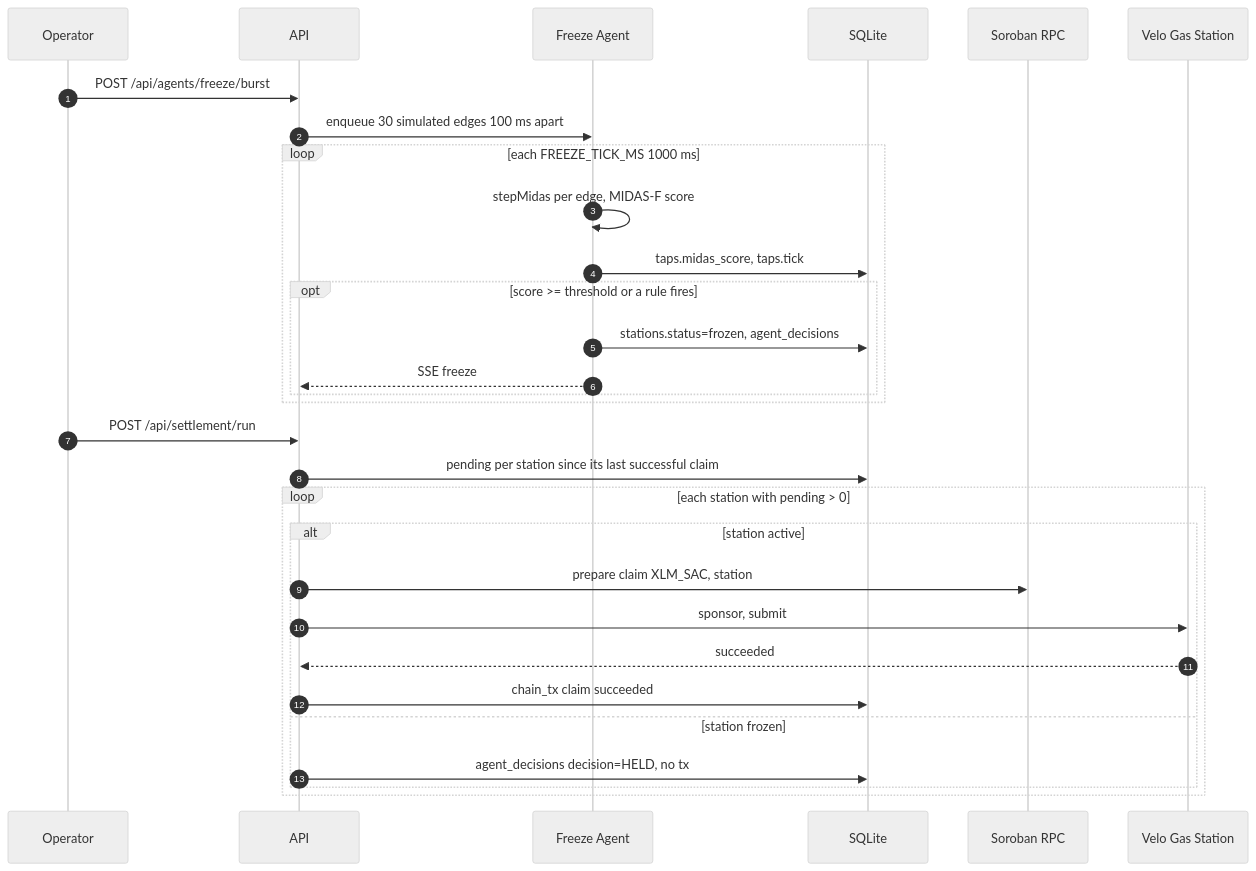
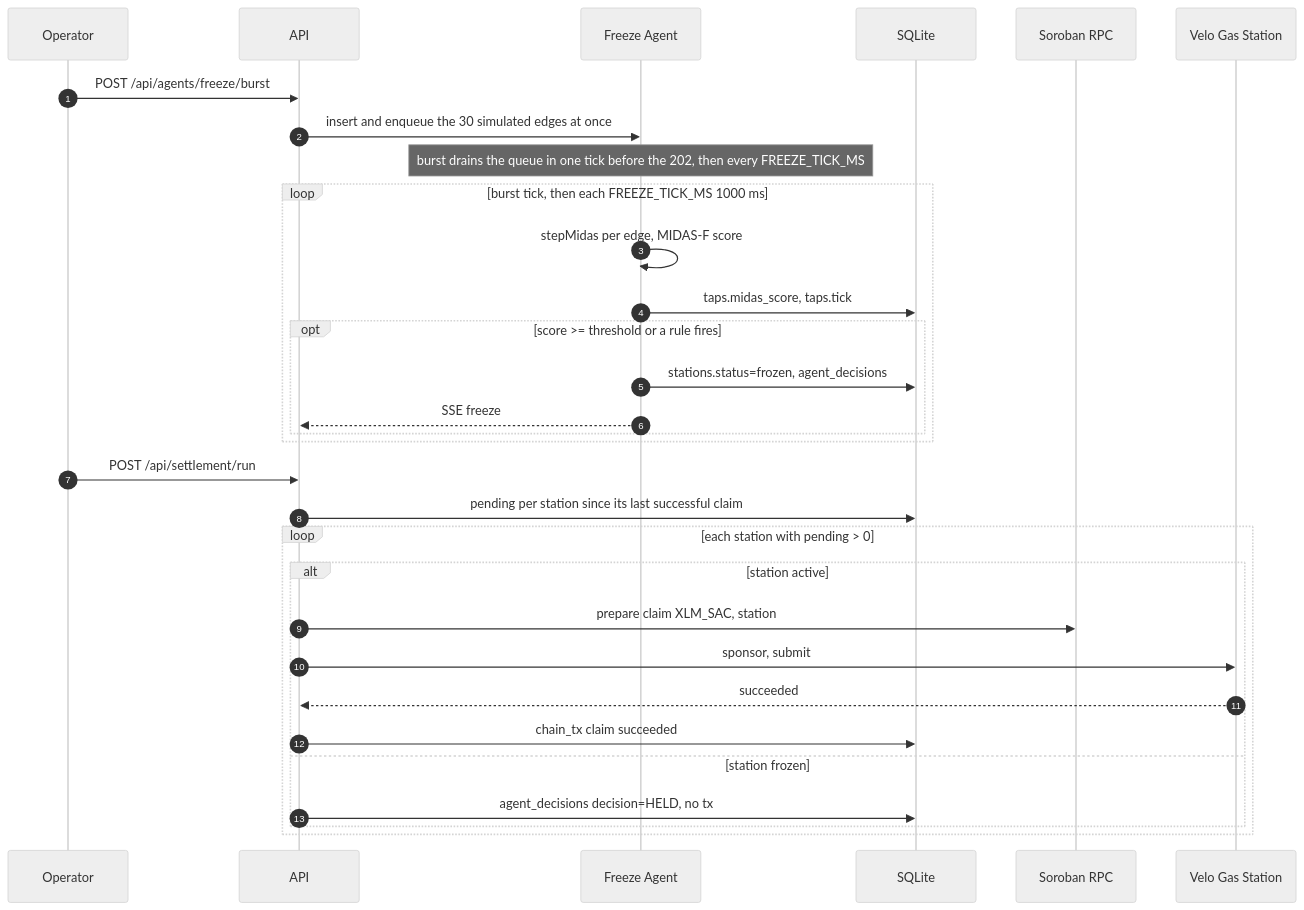
The sixth of 7 diagrams in docs/system-design.md (Jimuelle07/TAPat), drawn with Mermaid (neutral theme) before and after one commit. The commit also changed other lines of this file and 14 other files, not shown here.

First line of the commit message:
fix(demo): resumable sweep, synchronous burst freeze, Velo health tolerance

````diff
--- a/docs/system-design.md
+++ b/docs/system-design.md
@@ -414,33 +414,34 @@
 ```mermaid
 sequenceDiagram
     autonumber
     participant Op as Operator
     participant API as API
     participant FA as Freeze Agent
     participant DB as SQLite
     participant RPC as Soroban RPC
     participant Gas as Velo Gas Station
 
     Op->>API: POST /api/agents/freeze/burst
-    API->>FA: enqueue 30 simulated edges 100 ms apart
-    loop each FREEZE_TICK_MS 1000 ms
+    API->>FA: insert and enqueue the 30 simulated edges at once
+    Note over FA: burst drains the queue in one tick before the 202, then every FREEZE_TICK_MS
+    loop burst tick, then each FREEZE_TICK_MS 1000 ms
         FA->>FA: stepMidas per edge, MIDAS-F score
         FA->>DB: taps.midas_score, taps.tick
         opt score >= threshold or a rule fires
             FA->>DB: stations.status=frozen, agent_decisions
             FA-->>API: SSE freeze
         end
     end
     Op->>API: POST /api/settlement/run
     API->>DB: pending per station since its last successful claim
     loop each station with pending > 0
         alt station active
             API->>RPC: prepare claim XLM_SAC, station
             API->>Gas: sponsor, submit
             Gas-->>API: succeeded
             API->>DB: chain_tx claim succeeded
         else station frozen
             API->>DB: agent_decisions decision=HELD, no tx
         end
     end
 ```
````
